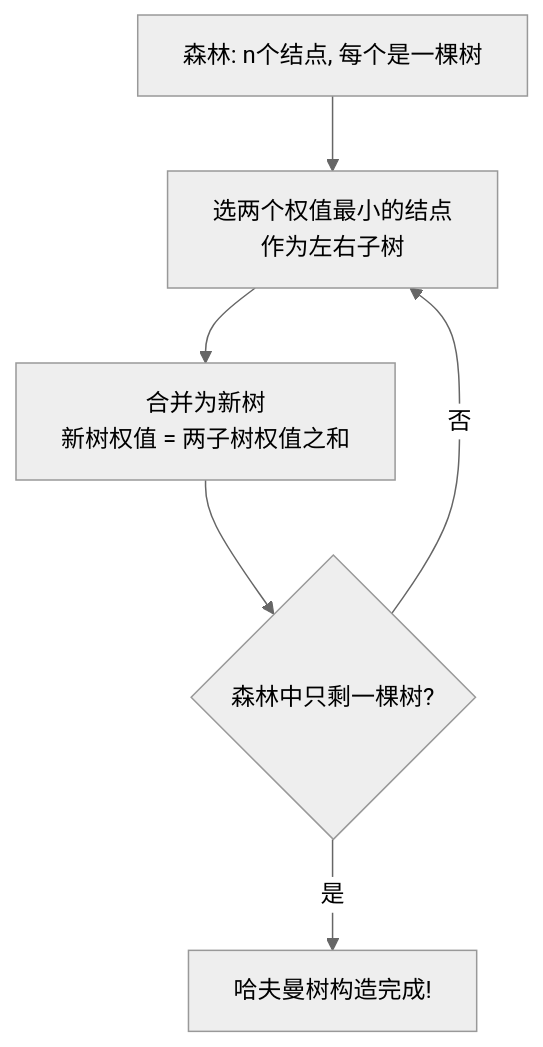
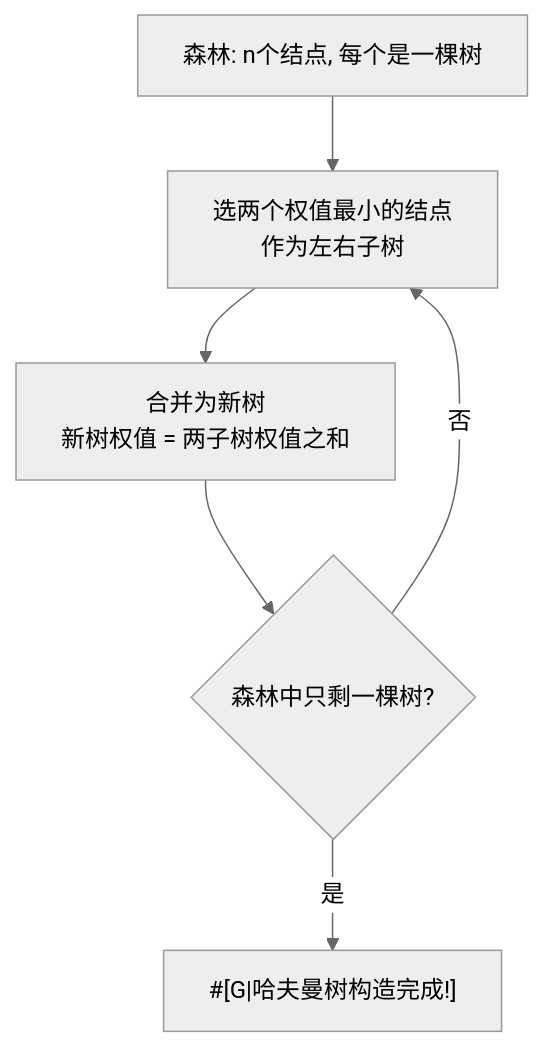
Before and after one commit to AH23333/Blog: diagram 14 of 32 in src/content/philes/volume-1/CS-DS/简易数据结构知识点.md, drawn with Mermaid (neutral theme). The commit also changed other lines of this file and 13 other files, not shown here.

Commit message:
修复mermaid渲染问题，更正skill.md

````diff
--- a/src/content/philes/volume-1/CS-DS/简易数据结构知识点.md
+++ b/src/content/philes/volume-1/CS-DS/简易数据结构知识点.md
@@ -481,8 +483,8 @@
 ```mermaid
 graph TD
-    A[""森林: n个结点, 每个是一棵树""] --> B[""选两个权值最小的结点<br/>作为左右子树""]
-    B --> C[""合并为新树<br/>新树权值 = 两子树权值之和""]
+    A["森林: n个结点, 每个是一棵树"] --> B["选两个权值最小的结点<br/>作为左右子树"]
+    B --> C["合并为新树<br/>新树权值 = 两子树权值之和"]
     C --> D{"森林中只剩一棵树?"}
     D -->|"否"| B
-    D -->|"是"| E["哈夫曼树构造完成!"]
+    D -->|"是"| E["#[G|哈夫曼树构造完成!]"]
 ```
````
